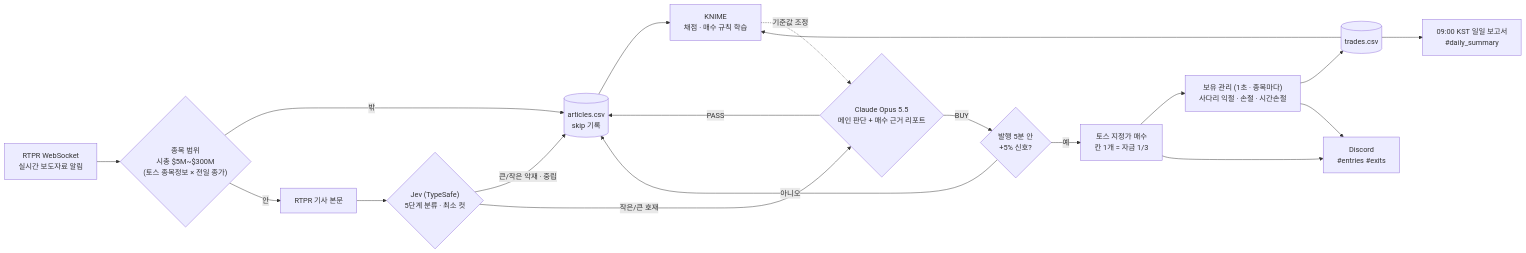
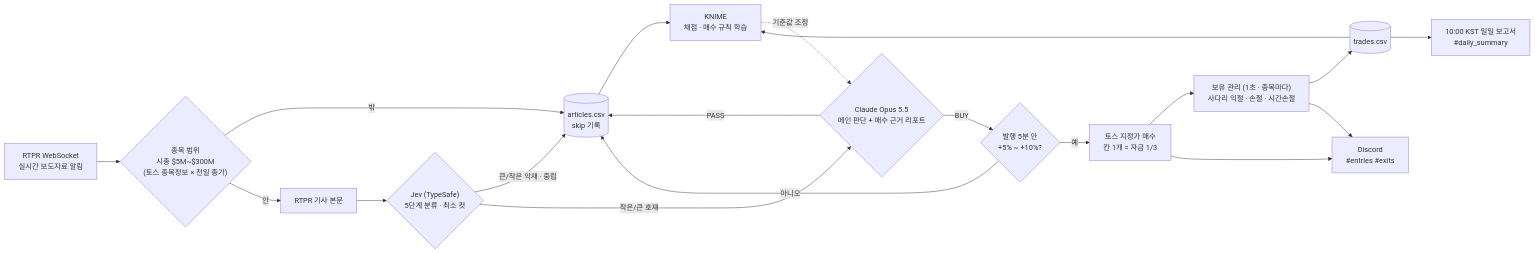
One commit to junsungma1022/How_To_Become_Warren_Buffett changed the diagram in docs/ARCHITECTURE.md. Above: the diagram before and after it, drawn with Mermaid. The commit also changed other lines of this file and 4 other files, not shown here.

````diff
--- a/docs/ARCHITECTURE.md
+++ b/docs/ARCHITECTURE.md
@@ -5,19 +5,19 @@
 ```mermaid
 flowchart LR
     RTPR["RTPR WebSocket<br/>실시간 보도자료 알림"] --> U{"종목 범위<br/>시총 $5M~$300M<br/>(토스 종목정보 × 전일 종가)"}
     U -- 밖 --> L1[(articles.csv<br/>skip 기록)]
     U -- 안 --> B["RTPR 기사 본문"]
     B --> J{"Jev (TypeSafe)<br/>5단계 분류 · 최소 컷"}
     J -- "큰/작은 악재 · 중립" --> L1
     J -- "작은/큰 호재" --> C{"Claude Opus 5.5<br/>메인 판단 + 매수 근거 리포트"}
     C -- PASS --> L1
-    C -- BUY --> W{"발행 5분 안<br/>+5% 신호?"}
+    C -- BUY --> W{"발행 5분 안<br/>+5% ~ +10%?"}
     W -- 아니오 --> L1
     W -- 예 --> E["토스 지정가 매수<br/>칸 1개 = 자금 1/3"]
     E --> M["보유 관리 (1초 · 종목마다)<br/>사다리 익절 · 손절 · 시간손절"]
     M --> T[(trades.csv)]
     E & M --> D["Discord<br/>#entries #exits"]
     T & L1 --> K["KNIME<br/>채점 · 매수 규칙 학습"]
     K -. "기준값 조정" .-> C
-    T --> R["09:00 KST 일일 보고서<br/>#daily_summary"]
+    T --> R["10:00 KST 일일 보고서<br/>#daily_summary"]
 ```
````
